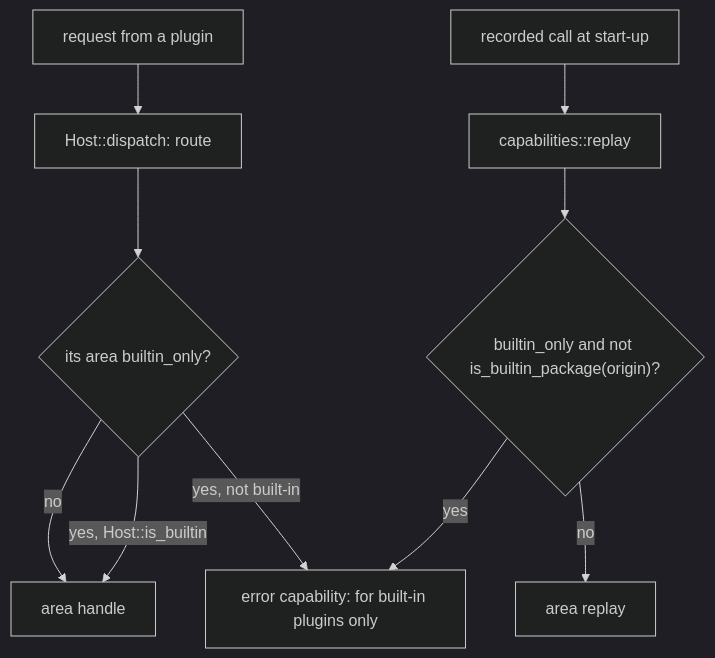
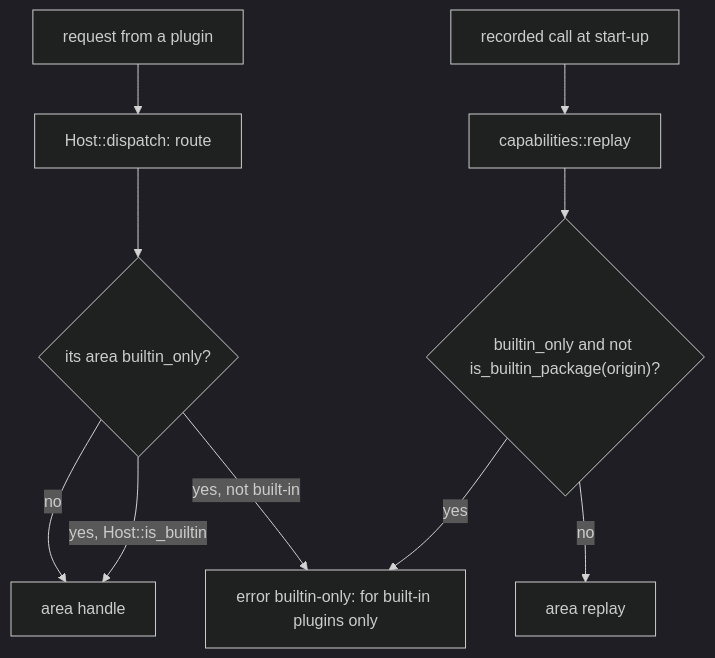
One commit to vestrasys/vestra-player changed the diagram in doc/architecture/palette-lead.md. Above: the diagram before and after it, drawn with Mermaid (dark theme). The commit also changed other lines of this file and 59 other files, not shown here.

First line of the commit message:
Release B (L2): no capability disclosure; builtin-only error code; Store 0.3.3, Workshop 2.2.47

````diff
--- a/doc/architecture/palette-lead.md
+++ b/doc/architecture/palette-lead.md
@@ -20,12 +20,12 @@
 ```mermaid
 flowchart TB
     R["request from a plugin"] --> D["Host::dispatch: route"]
     D --> B{"its area builtin_only?"}
     B -- "no" --> H["area handle"]
     B -- "yes, Host::is_builtin" --> H
-    B -- "yes, not built-in" --> E["error capability: for built-in plugins only"]
+    B -- "yes, not built-in" --> E["error builtin-only: for built-in plugins only"]
     P["recorded call at start-up"] --> RP["capabilities::replay"]
     RP --> RB{"builtin_only and not is_builtin_package(origin)?"}
     RB -- "yes" --> E
     RB -- "no" --> CR["area replay"]
 ```
````
